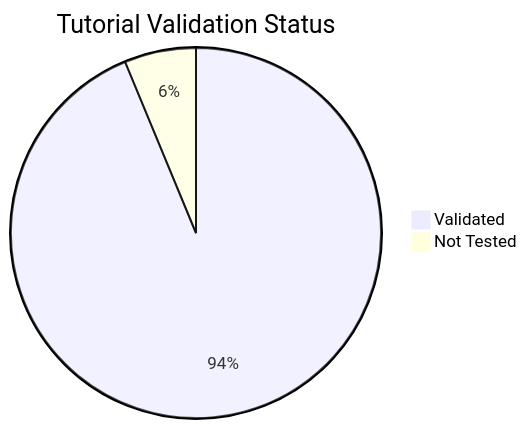
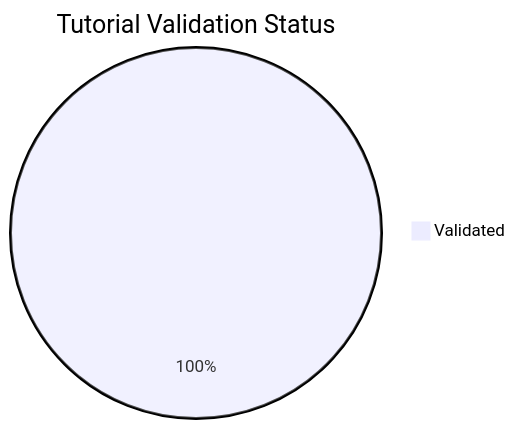
Before and after one commit to yeongseon/azure-functions-practical-guide: the diagram in docs/reference/validation-status.md, drawn with Mermaid. The commit also changed other lines of this file and 7 other files, not shown here.

````diff
--- a/docs/reference/validation-status.md
+++ b/docs/reference/validation-status.md
@@ -17,5 +17,4 @@
 ```mermaid
 pie title Tutorial Validation Status
-    "Validated" : 105
-    "Not Tested" : 7
+    "Validated" : 112
 ```
````
